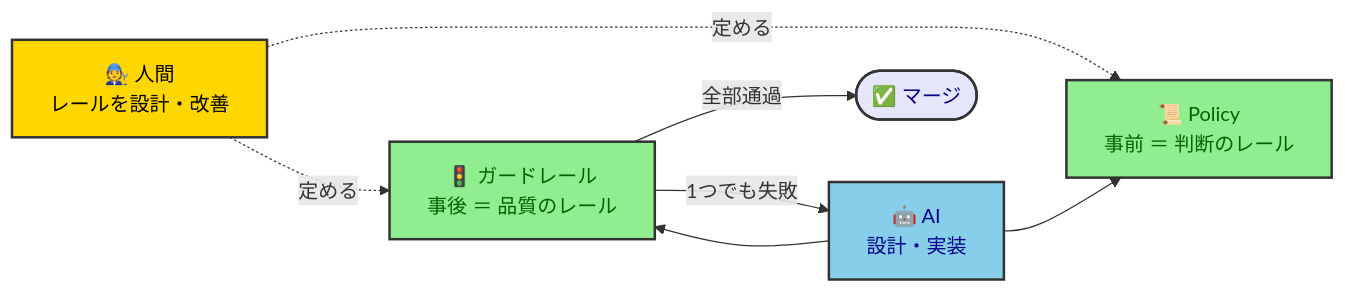
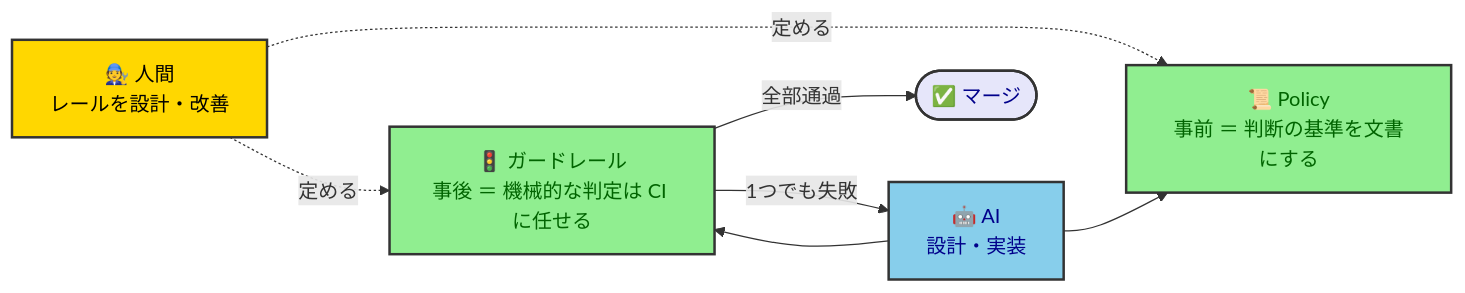
One commit to kasiopeiya/claude-dev-template changed the first of 2 diagrams in README.md. Above: the diagram before and after it, drawn with Mermaid. The commit also changed other lines of this file and 2 other files, not shown here.

````diff
--- a/README.md
+++ b/README.md
@@ -13,20 +13,20 @@
 ```mermaid
 flowchart LR
     Human[🧑‍🔧 人間<br/>レールを設計・改善] -.->|定める| Policy
     Human -.->|定める| Gate
 
-    AI[🤖 AI<br/>設計・実装] --> Policy[📜 Policy<br/>事前 ＝ 判断のレール]
-    AI --> Gate[🚦 ガードレール<br/>事後 ＝ 品質のレール]
+    AI[🤖 AI<br/>設計・実装] --> Policy[📜 Policy<br/>事前 ＝ 判断の基準を文書にする]
+    AI --> Gate[🚦 ガードレール<br/>事後 ＝ 機械的な判定は CI に任せる]
     Gate -->|全部通過| Merge([✅ マージ])
     Gate -->|1つでも失敗| AI
 
     classDef human fill:#FFD700,stroke:#333,stroke-width:2px,color:black
     classDef rail fill:#90EE90,stroke:#333,stroke-width:2px,color:darkgreen
     classDef ai fill:#87CEEB,stroke:#333,stroke-width:2px,color:darkblue
     classDef done fill:#E6E6FA,stroke:#333,stroke-width:2px,color:darkblue
 
     class Human human
     class Policy,Gate rail
     class AI ai
     class Merge done
 ```
````
